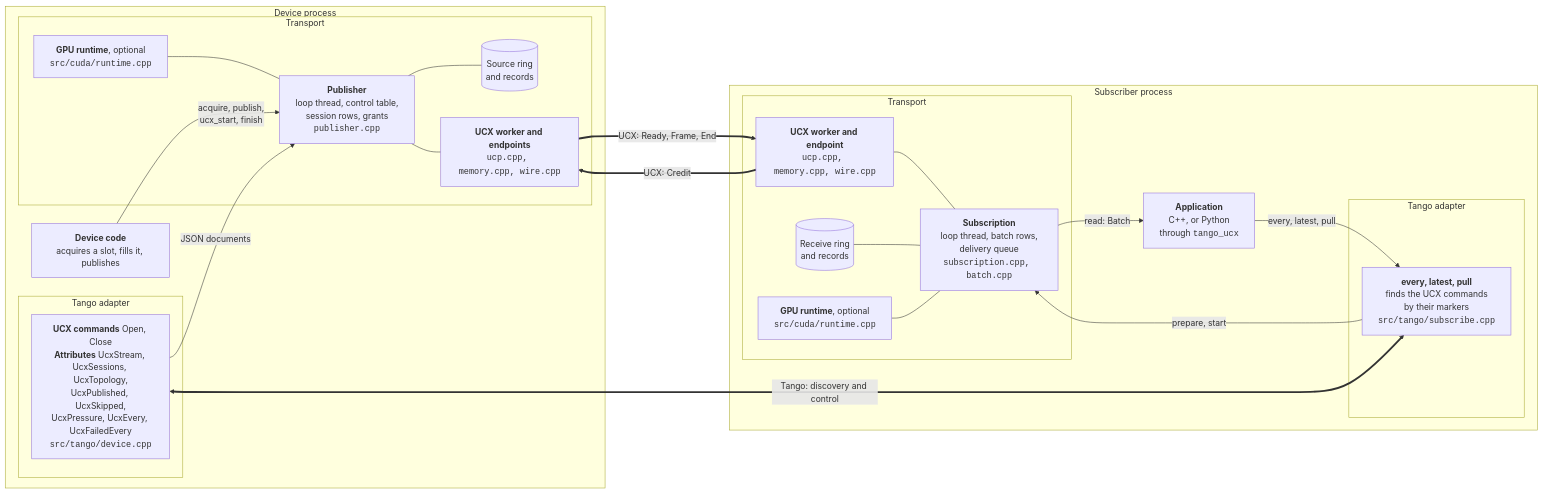
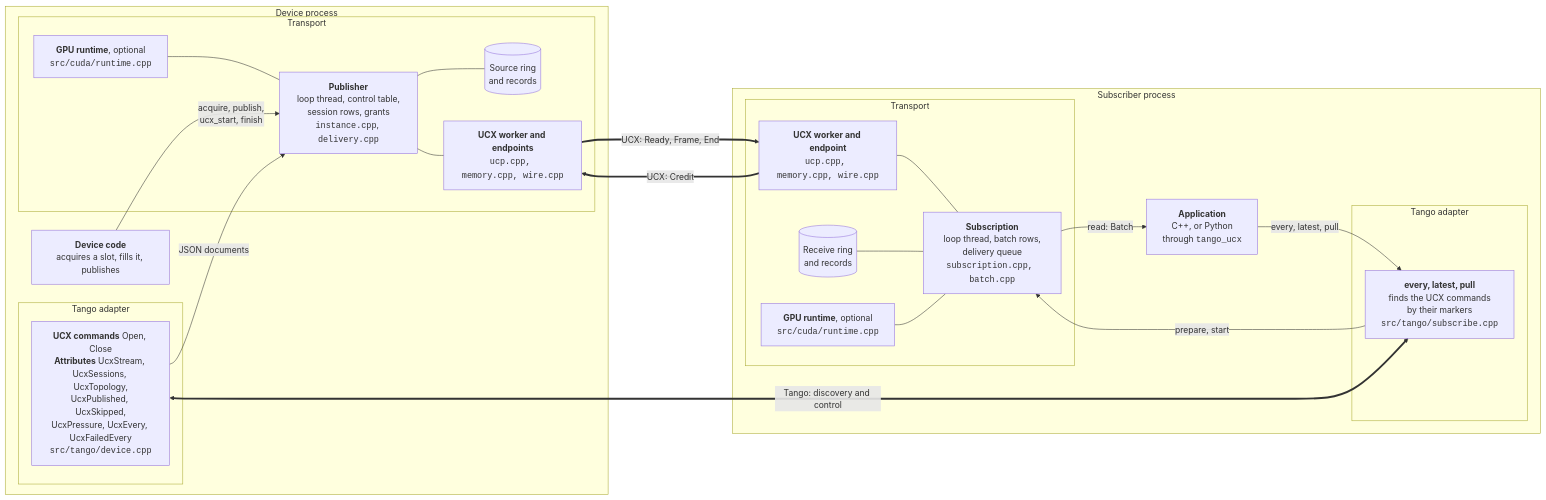
One commit to srwohl/tango-ucx changed the first of 11 diagrams in docs/diagrams.md. Above: the diagram before and after it, drawn with Mermaid. The commit also changed 5 other files, not shown here.

First line of the commit message:
Split the publisher into instance, delivery and API files

````diff
--- a/docs/diagrams.md
+++ b/docs/diagrams.md
@@ -24,43 +24,43 @@
 ```mermaid
 flowchart LR
     subgraph DP["Device process"]
         DC["<b>Device code</b><br/>acquires a slot, fills it, publishes"]
         subgraph DTA["Tango adapter"]
             CMD["<b>UCX commands</b> Open, Close<br/><b>Attributes</b> UcxStream, UcxSessions, UcxTopology,<br/>UcxPublished, UcxSkipped,<br/>UcxPressure, UcxEvery, UcxFailedEvery<br/><code>src/tango/device.cpp</code>"]
         end
         subgraph DTR["Transport"]
-            PUB["<b>Publisher</b><br/>loop thread, control table,<br/>session rows, grants<br/><code>publisher.cpp</code>"]
+            PUB["<b>Publisher</b><br/>loop thread, control table,<br/>session rows, grants<br/><code>instance.cpp</code>, <code>delivery.cpp</code>"]
             SRC[("Source ring<br/>and records")]
             PLOW["<b>UCX worker and endpoints</b><br/><code>ucp.cpp, memory.cpp, wire.cpp</code>"]
             PGPU["<b>GPU runtime</b>, optional<br/><code>src/cuda/runtime.cpp</code>"]
         end
     end
 
     subgraph SP["Subscriber process"]
         subgraph STR["Transport"]
             SLOW["<b>UCX worker and endpoint</b><br/><code>ucp.cpp, memory.cpp, wire.cpp</code>"]
             RCV[("Receive ring<br/>and records")]
             SUB["<b>Subscription</b><br/>loop thread, batch rows,<br/>delivery queue<br/><code>subscription.cpp, batch.cpp</code>"]
             GPU["<b>GPU runtime</b>, optional<br/><code>src/cuda/runtime.cpp</code>"]
         end
         subgraph STA["Tango adapter"]
             SUBSCRIBE["<b>every, latest, pull</b><br/>finds the UCX commands<br/>by their markers<br/><code>src/tango/subscribe.cpp</code>"]
         end
         APP["<b>Application</b><br/>C++, or Python<br/>through <code>tango_ucx</code>"]
     end
 
     DC -- "acquire, publish,<br/>ucx_start, finish" --> PUB
     CMD -- "JSON documents" --> PUB
     PUB --- SRC
     PUB --- PLOW
     PGPU --- PUB
     PLOW == "UCX: Ready, Frame, End" ==> SLOW
     SLOW == "UCX: Credit" ==> PLOW
     SLOW --- SUB
     RCV --- SUB
     GPU --- SUB
     SUB -- "read: Batch" --> APP
     SUBSCRIBE -- "prepare, start" --> SUB
     APP -- "every, latest, pull" --> SUBSCRIBE
     CMD <== "Tango: discovery and control" ==> SUBSCRIBE
 ```
````
